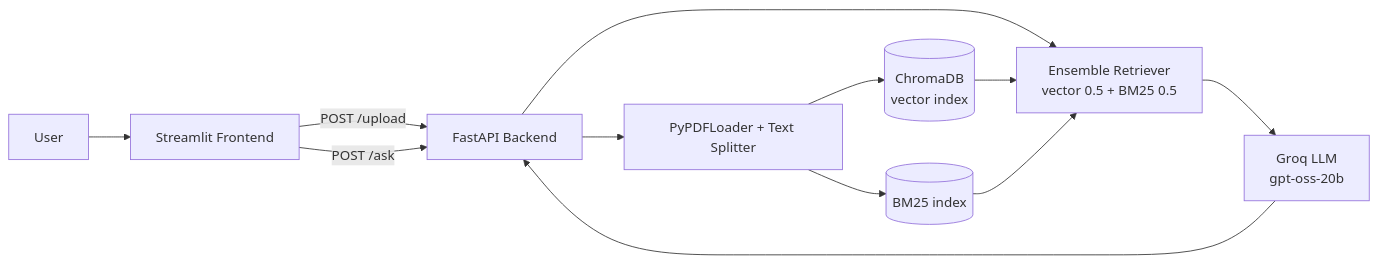
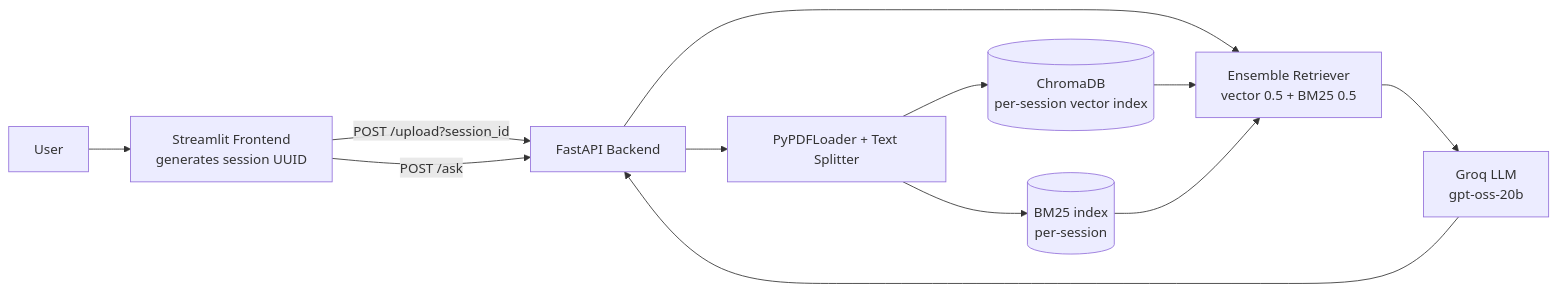
The diagram in README.md (hamza-amjad10/DocMind-RAG), drawn with Mermaid before and after one commit. The commit also changed other lines of this file, not shown here.

First line of the commit message:
Revise README for session-based PDF uploads and questions

````diff
--- a/README.md
+++ b/README.md
@@ -36,14 +30,14 @@
 ```mermaid
 flowchart LR
-    U[User] --> F[Streamlit Frontend]
-    F -->|POST /upload| B[FastAPI Backend]
+    U[User] --> F[Streamlit Frontend<br/>generates session UUID]
+    F -->|POST /upload?session_id| B[FastAPI Backend]
     F -->|POST /ask| B
     B --> L[PyPDFLoader + Text Splitter]
-    L --> C[(ChromaDB<br/>vector index)]
-    L --> K[(BM25 index)]
+    L --> C[(ChromaDB<br/>per-session vector index)]
+    L --> K[(BM25 index<br/>per-session)]
     B --> E[Ensemble Retriever<br/>vector 0.5 + BM25 0.5]
     C --> E
     K --> E
     E --> G[Groq LLM<br/>gpt-oss-20b]
     G --> B
 ```
````
